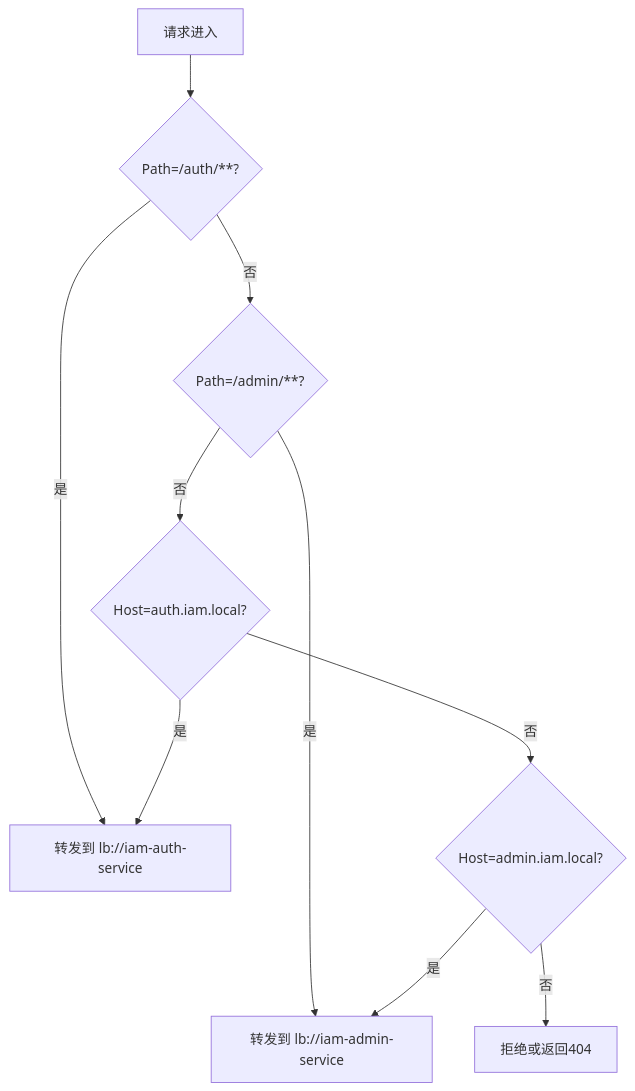
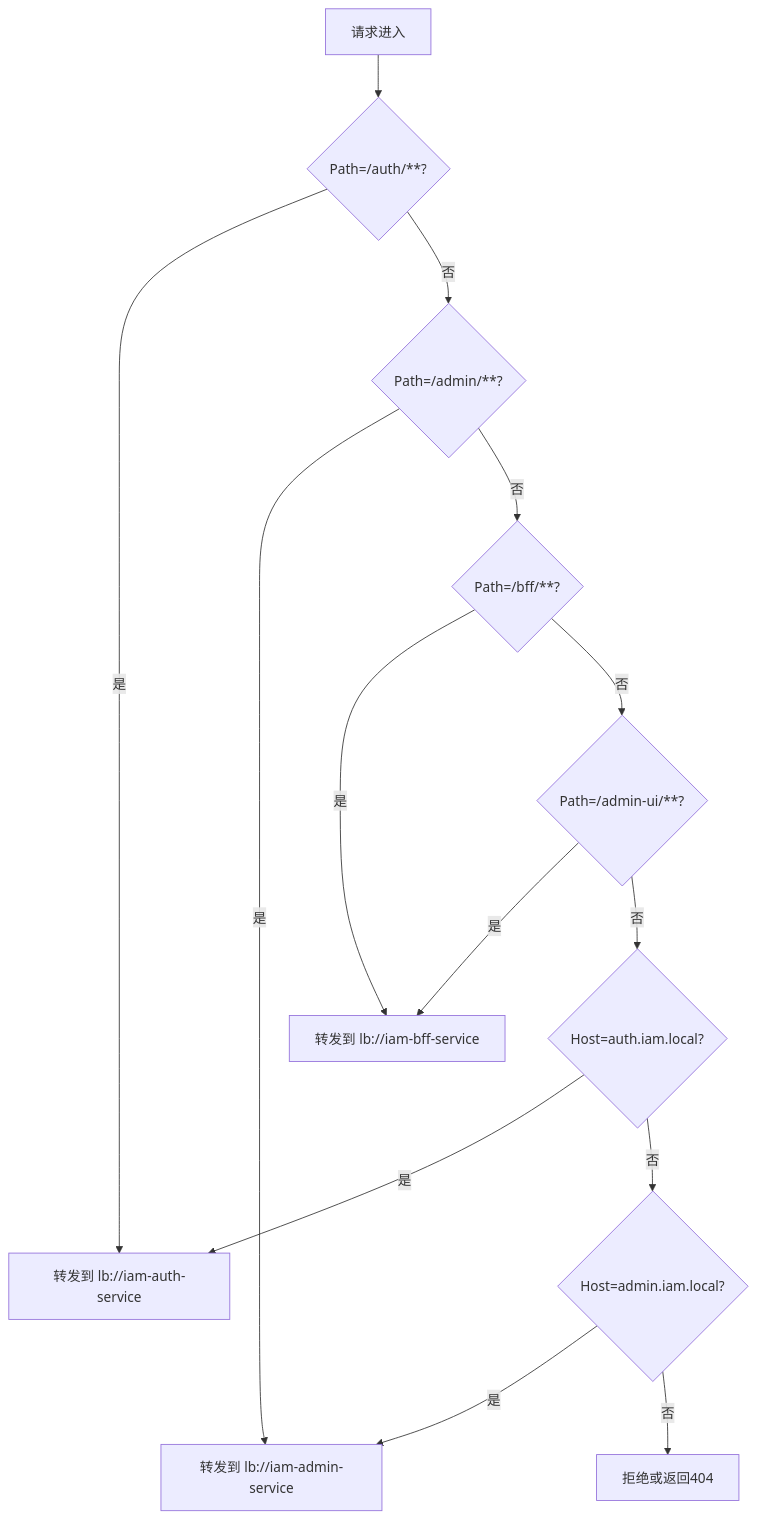
Before and after one commit to fq0121104930716/iam-platform: the sixth of 7 diagrams in .qoder/repowiki/zh/content/核心模块/API网关 (iam-gateway).md, drawn with Mermaid. The commit also changed other lines of this file and 13 other files, not shown here.

````diff
--- a/.qoder/repowiki/zh/content/核心模块/API网关 (iam-gateway).md
+++ b/.qoder/repowiki/zh/content/核心模块/API网关 (iam-gateway).md
@@ -190,12 +261,16 @@
 ```mermaid
 flowchart TD
 A["请求进入"] --> P1{"Path=/auth/**?"}
 P1 --> |是| T1["转发到 lb://iam-auth-service"]
 P1 --> |否| P2{"Path=/admin/**?"}
 P2 --> |是| T2["转发到 lb://iam-admin-service"]
-P2 --> |否| H1{"Host=auth.iam.local?"}
+P2 --> |否| P3{"Path=/bff/**?"}
+P3 --> |是| T3["转发到 lb://iam-bff-service"]
+P3 --> |否| P4{"Path=/admin-ui/**?"}
+P4 --> |是| T3
+P4 --> |否| H1{"Host=auth.iam.local?"}
 H1 --> |是| T1
 H1 --> |否| H2{"Host=admin.iam.local?"}
 H2 --> |是| T2
 H2 --> |否| D["拒绝或返回404"]
 ```
````
